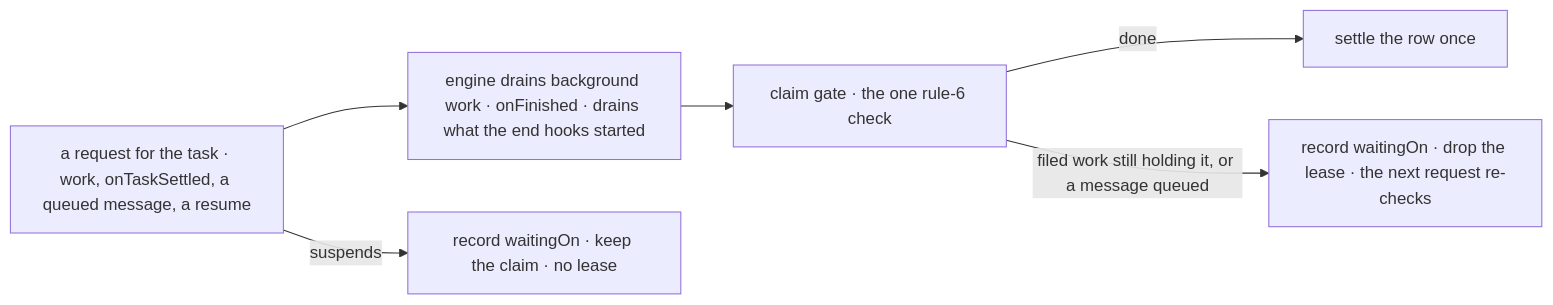
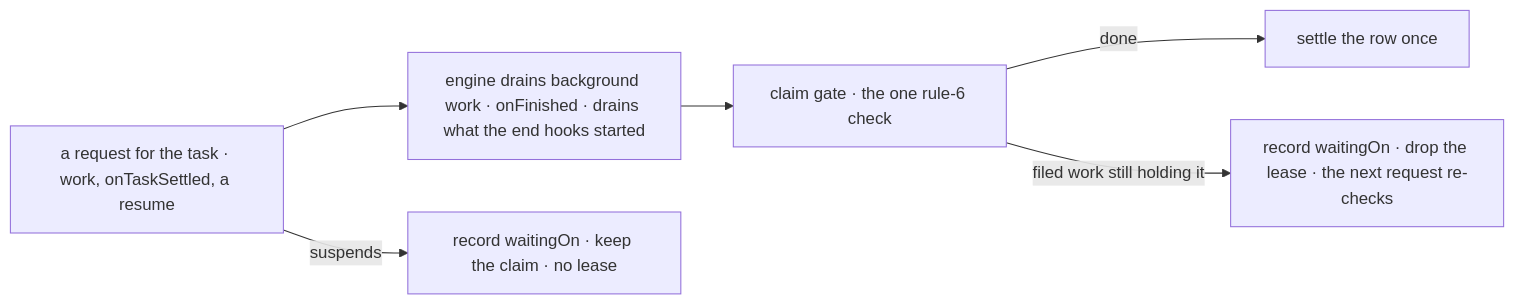
One commit to fixpoint-labs/flow-state-dev changed the second of 2 diagrams in specs/issues/FIX-2077/SPEC.md. Above: the diagram before and after it, drawn with Mermaid. The commit also changed other lines of this file and 35 other files, not shown here.

````diff
--- a/specs/issues/FIX-2077/SPEC.md
+++ b/specs/issues/FIX-2077/SPEC.md
@@ -81,8 +82,8 @@
 ```mermaid
 flowchart LR
-  W["a request for the task · work, onTaskSettled, a queued message, a resume"] --> E["engine drains background work · onFinished · drains what the end hooks started"]
+  W["a request for the task · work, onTaskSettled, a resume"] --> E["engine drains background work · onFinished · drains what the end hooks started"]
   E --> G["claim gate · the one rule-6 check"]
   G -->|"done"| S["settle the row once"]
-  G -->|"filed work still holding it, or a message queued"| H["record waitingOn · drop the lease · the next request re-checks"]
+  G -->|"filed work still holding it"| H["record waitingOn · drop the lease · the next request re-checks"]
   W -->|"suspends"| K["record waitingOn · keep the claim · no lease"]
 ```
````
